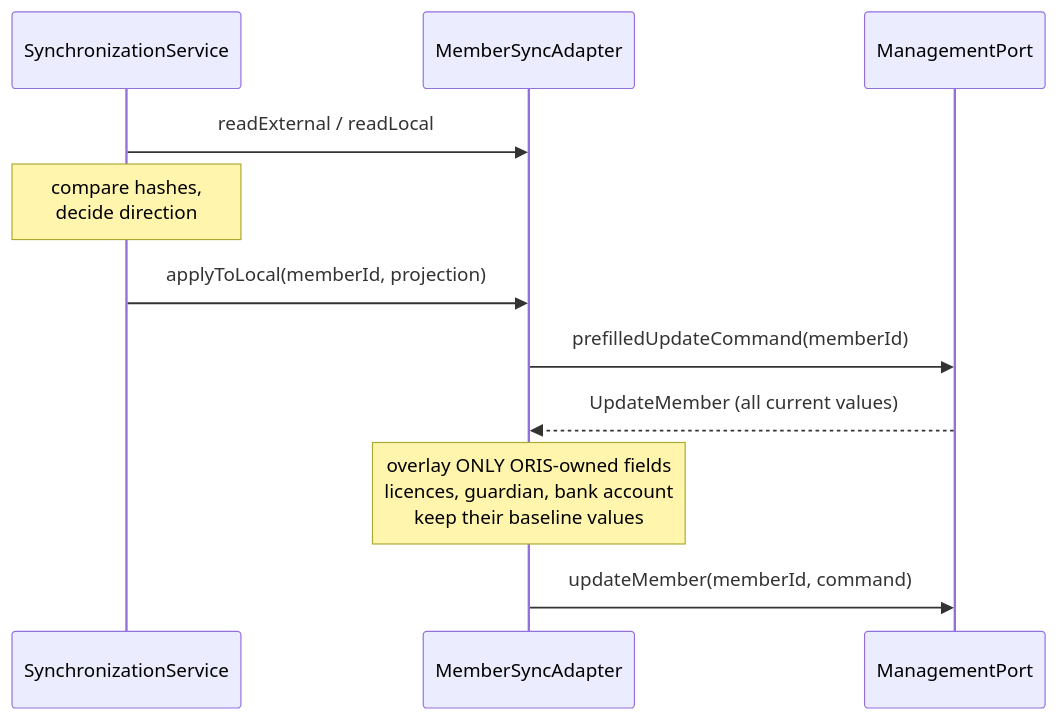
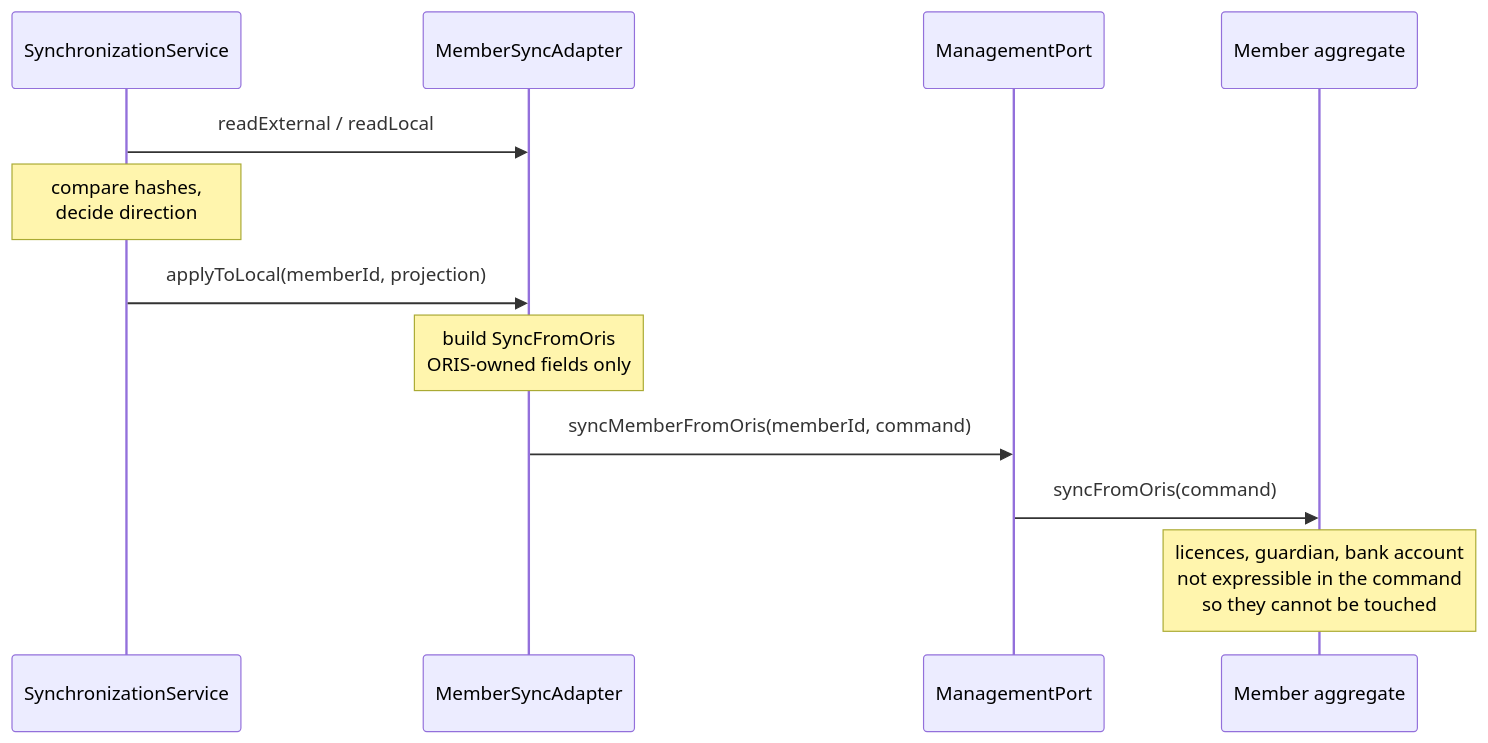
The third of 3 diagrams in openspec/changes/import-oris-members/design.md (zabiny/klabis), drawn with Mermaid before and after one commit. The commit also changed other lines of this file and 2 other files, not shown here.

First line of the commit message:
feat(members): enhance ORIS sync with manual import trigger and improved domain commands

````diff
--- a/openspec/changes/import-oris-members/design.md
+++ b/openspec/changes/import-oris-members/design.md
@@ -94,14 +96,15 @@
 ```mermaid
 sequenceDiagram
     participant Engine as SynchronizationService
     participant Adapter as MemberSyncAdapter
     participant Mgmt as ManagementPort
+    participant Member as Member aggregate
 
     Engine->>Adapter: readExternal / readLocal
     Note over Engine: compare hashes,<br/>decide direction
     Engine->>Adapter: applyToLocal(memberId, projection)
-    Adapter->>Mgmt: prefilledUpdateCommand(memberId)
-    Mgmt-->>Adapter: UpdateMember (all current values)
-    Note over Adapter: overlay ONLY ORIS-owned fields<br/>licences, guardian, bank account<br/>keep their baseline values
-    Adapter->>Mgmt: updateMember(memberId, command)
+    Note over Adapter: build SyncFromOris<br/>ORIS-owned fields only
+    Adapter->>Mgmt: syncMemberFromOris(memberId, command)
+    Mgmt->>Member: syncFromOris(command)
+    Note over Member: licences, guardian, bank account<br/>not expressible in the command<br/>so they cannot be touched
 ```
````
